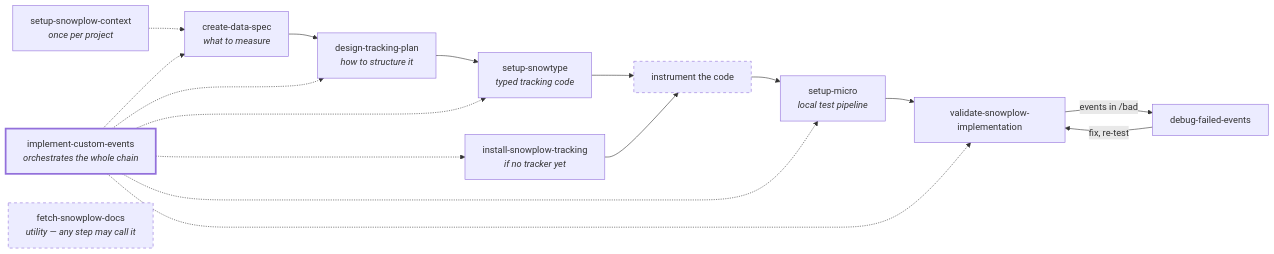
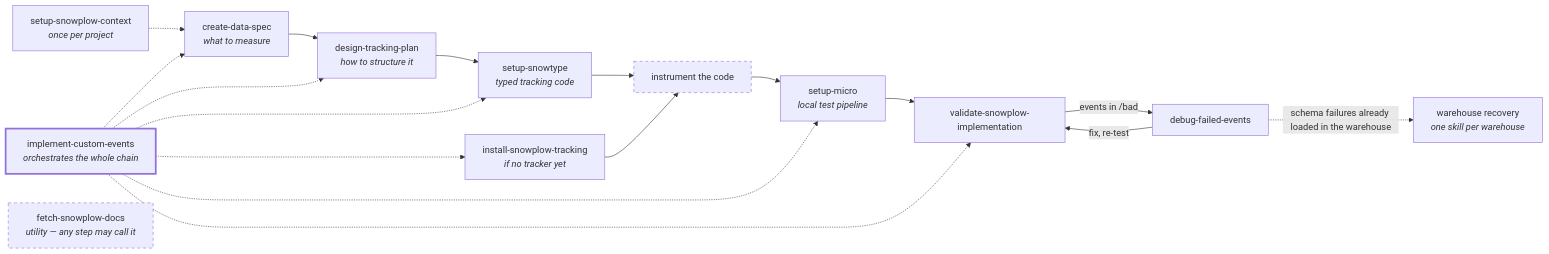
Before and after one commit to edwin-snowplow/snowplow-agent-skills: the diagram in README.md, drawn with Mermaid. The commit also changed other lines of this file and 32 other files, not shown here.

First line of the commit message:
Add warehouse SQL failed-event recovery skills (Athena, BigQuery, Databricks, Snowflake) (#40)

````diff
--- a/README.md
+++ b/README.md
@@ -88,17 +92,18 @@
 ```mermaid
 flowchart LR
     ctx["setup-snowplow-context<br/><i>once per project</i>"] -.-> spec
     spec["create-data-spec<br/><i>what to measure</i>"] --> design["design-tracking-plan<br/><i>how to structure it</i>"]
     design --> snowtype["setup-snowtype<br/><i>typed tracking code</i>"] --> inst["instrument the code"]
     install["install-snowplow-tracking<br/><i>if no tracker yet</i>"] --> inst
     inst --> micro["setup-micro<br/><i>local test pipeline</i>"] --> validate["validate-snowplow-implementation"]
     validate -->|events in /bad| debug["debug-failed-events"]
     debug -->|fix, re-test| validate
+    debug -.->|schema failures already loaded in the warehouse| recover["warehouse recovery<br/><i>one skill per warehouse</i>"]
     e2e["implement-custom-events<br/><i>orchestrates the whole chain</i>"] -.-> spec & design & install & snowtype & micro & validate
     docs["fetch-snowplow-docs<br/><i>utility — any step may call it</i>"]
 
     classDef orchestrator stroke-width:3px
     classDef notskill stroke-dasharray: 5 5
     class e2e orchestrator
     class inst,docs notskill
 ```
````
